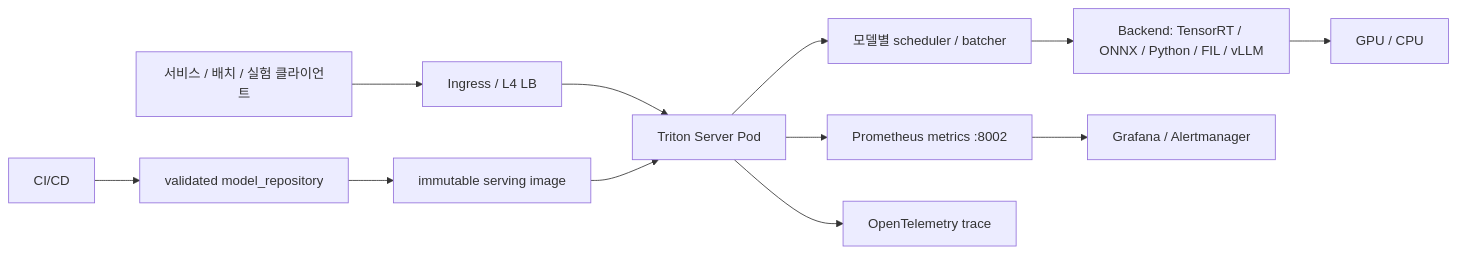
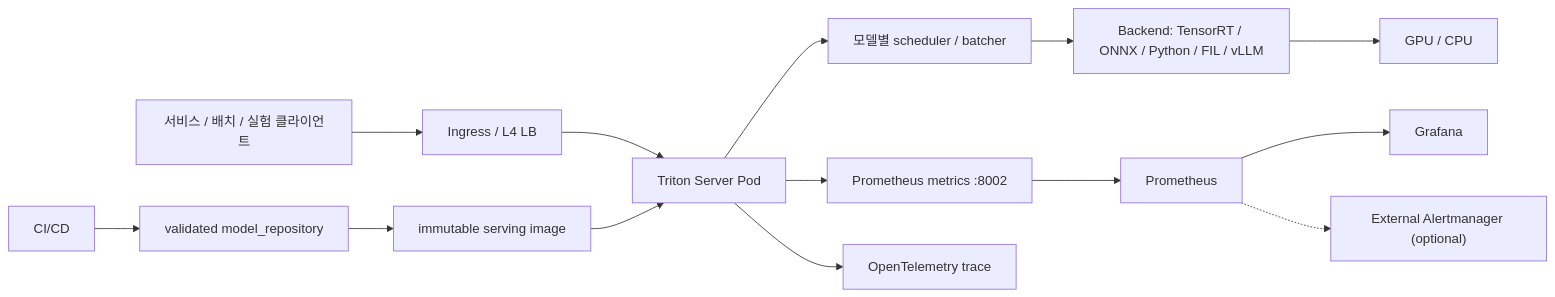
Before and after one commit to jaejungscene/triton-infer-server-handbook: the diagram in docs/architecture.md, drawn with Mermaid. The commit also changed other lines of this file and 13 other files, not shown here.

````diff
--- a/docs/architecture.md
+++ b/docs/architecture.md
@@ -9,14 +9,16 @@
 ```mermaid
 flowchart LR
     client["서비스 / 배치 / 실험 클라이언트"] --> ingress["Ingress / L4 LB"]
     ingress --> triton["Triton Server Pod"]
     triton --> scheduler["모델별 scheduler / batcher"]
     scheduler --> backend["Backend: TensorRT / ONNX / Python / FIL / vLLM"]
     backend --> gpu["GPU / CPU"]
     triton --> metrics["Prometheus metrics :8002"]
     triton --> trace["OpenTelemetry trace"]
     ci["CI/CD"] --> repo["validated model_repository"]
     repo --> image["immutable serving image"]
     image --> triton
-    metrics --> grafana["Grafana / Alertmanager"]
+    metrics --> prometheus["Prometheus"]
+    prometheus --> grafana["Grafana"]
+    prometheus -.-> alertmanager["External Alertmanager (optional)"]
 ```
````
